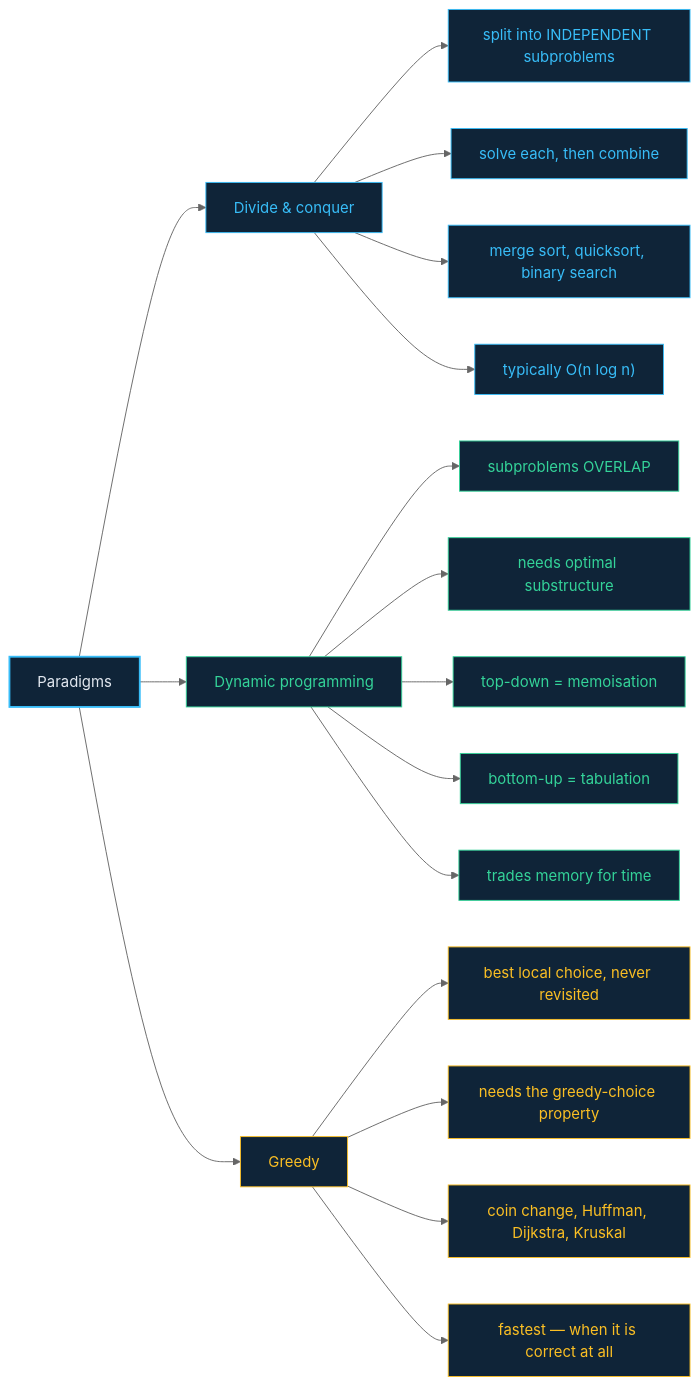
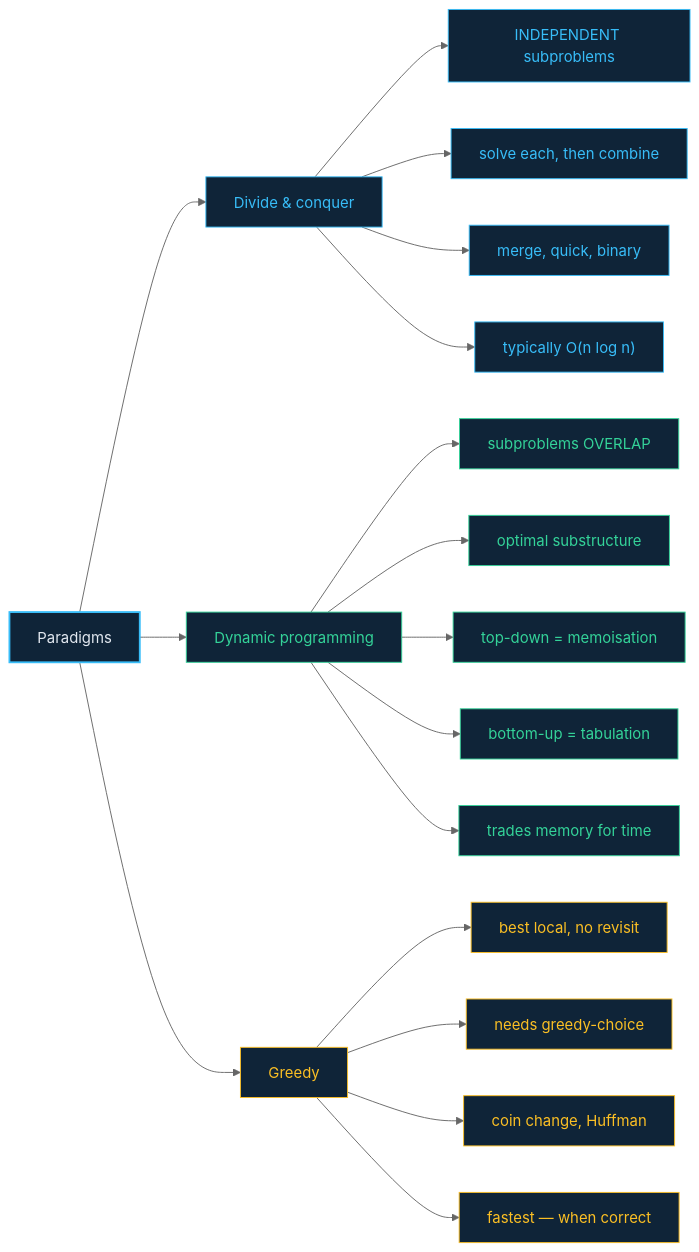
Before and after one commit to rajeshgoyalg/Learn-Data-Structures-and-Algorithms-Visually: the diagram in docs/17-paradigms.md, drawn with Mermaid (neutral theme). The commit also changed 21 other files, not shown here.

First line of the commit message:
Shorten every mermaid label so diagrams cannot overflow and clip

````diff
--- a/docs/17-paradigms.md
+++ b/docs/17-paradigms.md
@@ -44,31 +44,31 @@
 ```mermaid
 flowchart LR
   P["Paradigms"] --> D["Divide & conquer"]
   P --> Y["Dynamic programming"]
   P --> G["Greedy"]
 
-  D --> D1["split into INDEPENDENT subproblems"]
+  D --> D1["INDEPENDENT subproblems"]
   D --> D2["solve each, then combine"]
-  D --> D3["merge sort, quicksort, binary search"]
+  D --> D3["merge, quick, binary"]
   D --> D4["typically O(n log n)"]
 
   Y --> Y1["subproblems OVERLAP"]
-  Y --> Y2["needs optimal substructure"]
+  Y --> Y2["optimal substructure"]
   Y --> Y3["top-down = memoisation"]
   Y --> Y4["bottom-up = tabulation"]
   Y --> Y5["trades memory for time"]
 
-  G --> G1["best local choice, never revisited"]
-  G --> G2["needs the greedy-choice property"]
-  G --> G3["coin change, Huffman, Dijkstra, Kruskal"]
-  G --> G4["fastest — when it is correct at all"]
+  G --> G1["best local, no revisit"]
+  G --> G2["needs greedy-choice"]
+  G --> G3["coin change, Huffman"]
+  G --> G4["fastest — when correct"]
 
   classDef root fill:#0f2438,stroke:#38bdf8,stroke-width:2px,color:#e2e8f0
   classDef d fill:#0f2438,stroke:#38bdf8,color:#38bdf8
   classDef y fill:#0f2438,stroke:#34d399,color:#34d399
   classDef g fill:#0f2438,stroke:#fbbf24,color:#fbbf24
   class P root
   class D,D1,D2,D3,D4 d
   class Y,Y1,Y2,Y3,Y4,Y5 y
   class G,G1,G2,G3,G4 g
 ```
````
